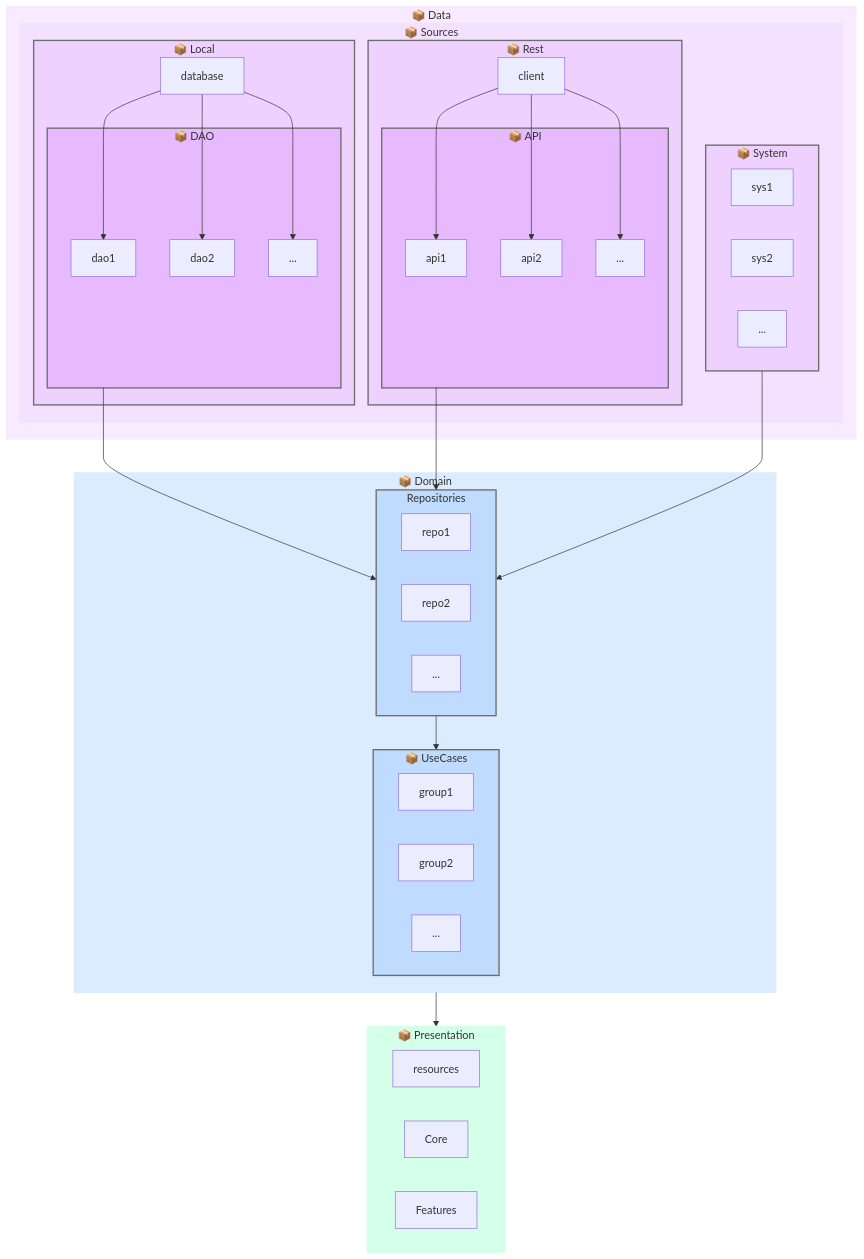
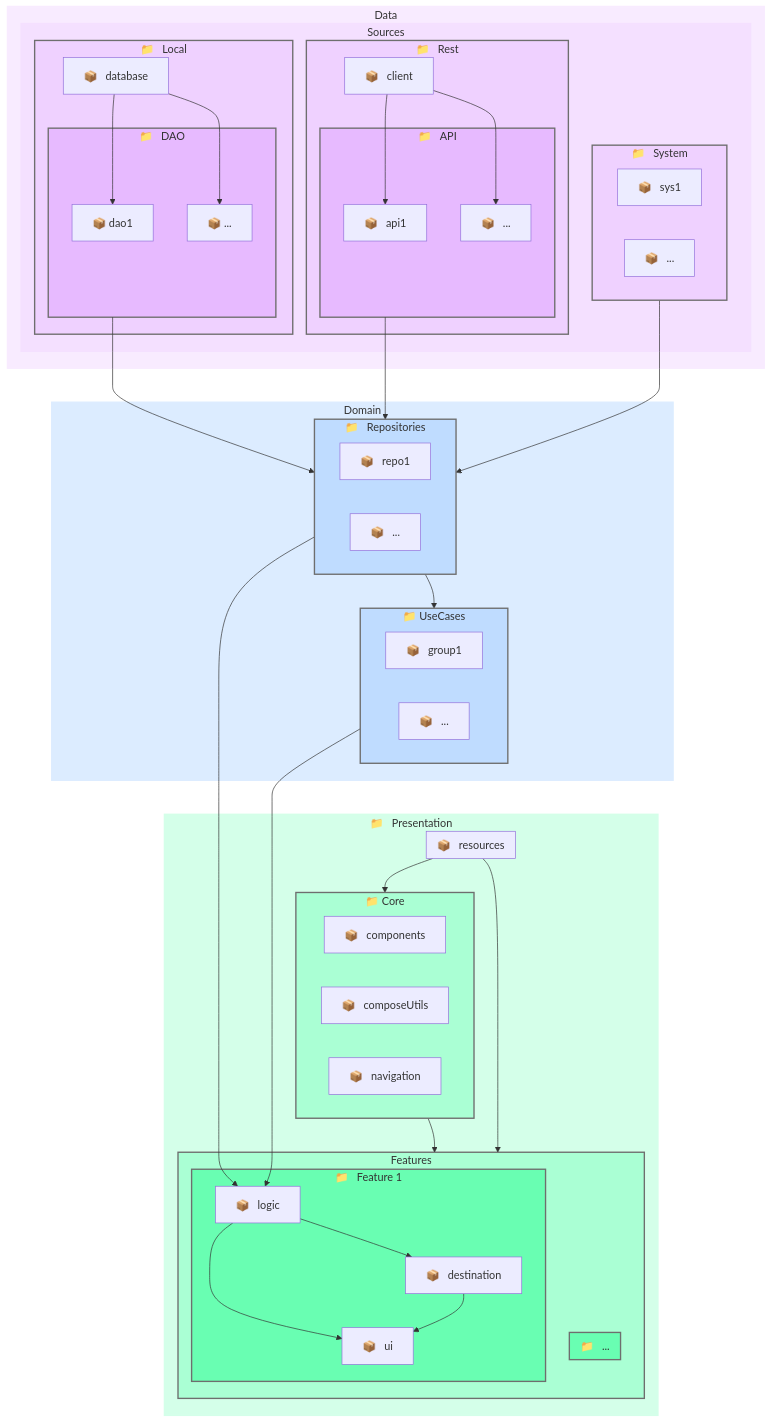
Before and after one commit to kadoglou/Dashdot: the diagram in README.md, drawn with Mermaid.

````diff
--- a/README.md
+++ b/README.md
@@ -44,87 +44,112 @@
 flowchart TD
 
   %% Presentation Layer
-  subgraph Presentation["📦 Presentation"]
+  subgraph Presentation["📁 Presentation"]
     resources
     Core
-    Features
+    Features["📁 Features"]
+  end
+  subgraph Feature2["📁 ..."]
+  end
+
+  subgraph Feature1["📁 Feature 1"]
+    destination["📦 destination"]
+    logic["📦 logic"]
+    ui["📦 ui"]
+
+  end
+  subgraph Features
+    Feature1
+    Feature2
+  end
+
+  subgraph Core["📁 Core"]
+    components["📦 components"]
+    composeUtils["📦 composeUtils"]
+    navigation["📦 navigation"]
+  end
+
+  subgraph resources["📦 resources"]
   end
 
   %% Domain Layer
-  subgraph Domain["📦 Domain"]
+  subgraph Domain["Domain"]
     Repositories
     UseCases
   end
 
   %% Data Layer
-  subgraph Data["📦 Data"]
+  subgraph Data["Data"]
     Sources
   end
 
   %% Sources Layer
-  subgraph Sources["📦 Sources"]
+  subgraph Sources["Sources"]
     Local
     Rest
     System
   end
 
   %% System Layer
-  subgraph System["📦 System"]
-    Sys1["sys1"]
-    Sys2["sys2"]
-    Sys3["..."]
+  subgraph System["📁 System"]
+    Sys1["📦 sys1"]
+    Sys3["📦 ..."]
   end
 
   %% API Layer
-  subgraph API["📦 API"]
-    API1["api1"]
-    API2["api2"]
-    APIX["..."]
+  subgraph API["📁 API"]
+    API1["📦 api1"]
+    APIX["📦 ..."]
   end
 
   %% Rest Layer
-  subgraph Rest["📦 Rest"]
-    client --> API1
-    client --> API2
+  subgraph Rest["📁 Rest"]
+    client["📦 client"] --> API1
     client --> APIX
     API
   end
 
   %% DAO Layer
-  subgraph DAO["📦 DAO"]
-    DAO1["dao1"]
-    DAO2["dao2"]
-    DAOX["..."]
+  subgraph DAO["📁 DAO"]
+    DAO1["📦 dao1"]
+    DAOX["📦 ..."]
   end
 
   %% Local Layer
-  subgraph Local["📦 Local"]
-    database --> DAO1
-    database --> DAO2
+  subgraph Local["📁 Local"]
+    database["📦 database"] --> DAO1
     database --> DAOX
     DAO
   end
 
   %% Repositories Layer
-  subgraph Repositories
-    Repo1["repo1"]
-    Repo2["repo2"]
-    Repo3["..."]
+  subgraph Repositories["📁 Repositories"]
+    Repo1["📦 repo1"]
+    Repo3["📦 ..."]
   end
 
   %% Use Cases Layer
-  subgraph UseCases["📦 UseCases"]
-    UC1["group1"]
-    UC2["group2"]
-    UC3["..."]
+  subgraph UseCases["📁 UseCases"]
+    UC1["📦 group1"]
+    UC3["📦 ..."]
   end
 
   %% Data Flow
   DAO --> Repositories
   API --> Repositories
   System --> Repositories
-  Repositories --> UseCases
-  Domain --> Presentation
+  Repositories --> UseCases & logic
+  UseCases --> logic
+  Core --> Features
+  resources --> Core
+  resources --> Features
+  logic --> destination & ui
+  destination --> ui
+
+  %% Helper Flows
+  Domain ~~~  Presentation
+  Core ~~~ logic
+
 
   %% Styling
   style Data fill:#f8ebff,stroke:#f8ebff,stroke-width:2px
@@ -140,4 +165,10 @@
   style UseCases fill:#bfdcff,stroke:#6e6e6e,stroke-width:2px
 
   style Presentation fill:#d4ffe9,stroke:#d4ffe9,stroke-width:2px
+  style Core fill:#aaffd4, stroke:#6e6e6e, stroke-width:2px
+  style Features fill:#aaffd4, stroke:#6e6e6e, stroke-width:2px
+  style Feature1 fill:#69feb2, stroke:#6e6e6e, stroke-width:2px
+  style Feature2 fill:#69feb2, stroke:#6e6e6e, stroke-width:2px
+
+
 ```
````
